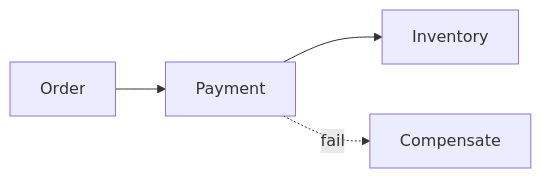
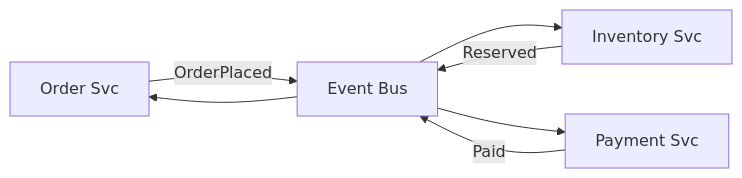
Before and after one commit to hareramcse/SystemDesign: diagram 13 of 23 in 08-microservices/README.md, drawn with Mermaid. The commit also changed other lines of this file and 15 other files, not shown here.

````diff
--- a/08-microservices/README.md
+++ b/08-microservices/README.md
@@ -166,6 +682,9 @@
 ```mermaid
 flowchart LR
-    O[Order] --> P[Payment]
-    P --> I[Inventory]
-    P -.->|fail| C[Compensate]
+  O[Order Svc] -->|OrderPlaced| Bus[Event Bus]
+  Bus --> I[Inventory Svc]
+  I -->|Reserved| Bus
+  Bus --> P[Payment Svc]
+  P -->|Paid| Bus
+  Bus --> O
 ```
````
